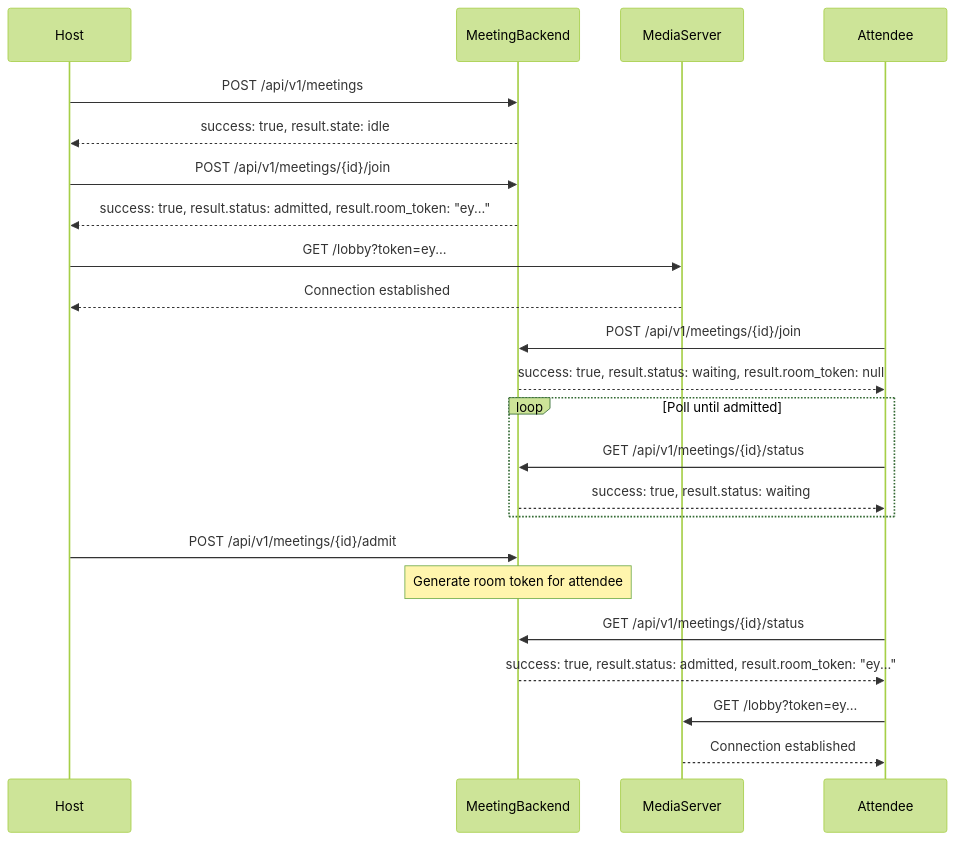
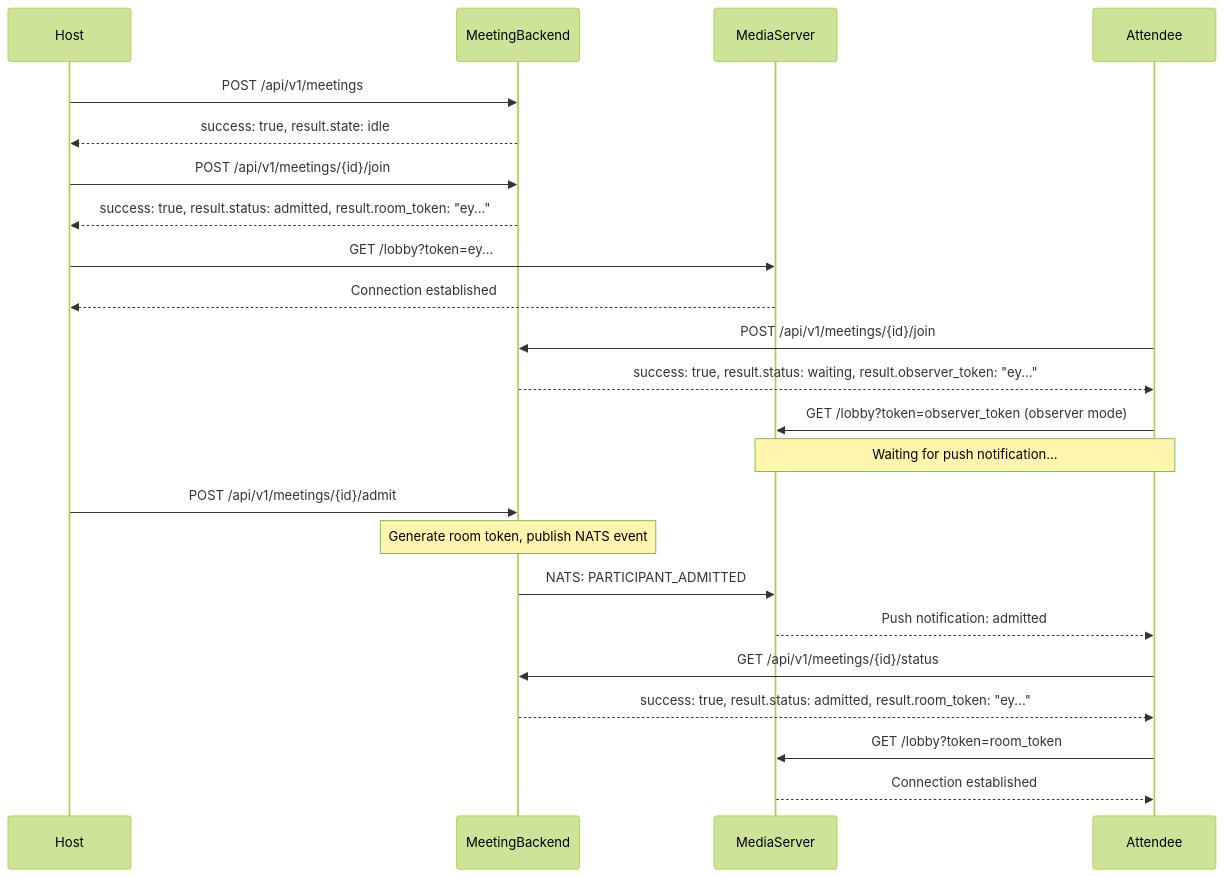
The third of 4 diagrams in docs/MEETING_API.md (security-union/videocall-rs), drawn with Mermaid (forest theme) before and after one commit. The commit also changed other lines of this file and 2 other files, not shown here.

````diff
--- a/docs/MEETING_API.md
+++ b/docs/MEETING_API.md
@@ -831,33 +853,33 @@
 ```mermaid
 sequenceDiagram
     participant H as Host
     participant MB as MeetingBackend
     participant MS as MediaServer
     participant A as Attendee
 
     H->>MB: POST /api/v1/meetings
     MB-->>H: success: true, result.state: idle
 
     H->>MB: POST /api/v1/meetings/{id}/join
     MB-->>H: success: true, result.status: admitted, result.room_token: "ey..."
 
     H->>MS: GET /lobby?token=ey...
     MS-->>H: Connection established
 
     A->>MB: POST /api/v1/meetings/{id}/join
-    MB-->>A: success: true, result.status: waiting, result.room_token: null
+    MB-->>A: success: true, result.status: waiting, result.observer_token: "ey..."
 
-    loop Poll until admitted
-        A->>MB: GET /api/v1/meetings/{id}/status
-        MB-->>A: success: true, result.status: waiting
-    end
+    A->>MS: GET /lobby?token=observer_token (observer mode)
+    Note over A,MS: Waiting for push notification...
 
     H->>MB: POST /api/v1/meetings/{id}/admit
-    Note over MB: Generate room token for attendee
+    Note over MB: Generate room token, publish NATS event
+    MB->>MS: NATS: PARTICIPANT_ADMITTED
+    MS-->>A: Push notification: admitted
 
     A->>MB: GET /api/v1/meetings/{id}/status
     MB-->>A: success: true, result.status: admitted, result.room_token: "ey..."
 
-    A->>MS: GET /lobby?token=ey...
+    A->>MS: GET /lobby?token=room_token
     MS-->>A: Connection established
 ```
````
